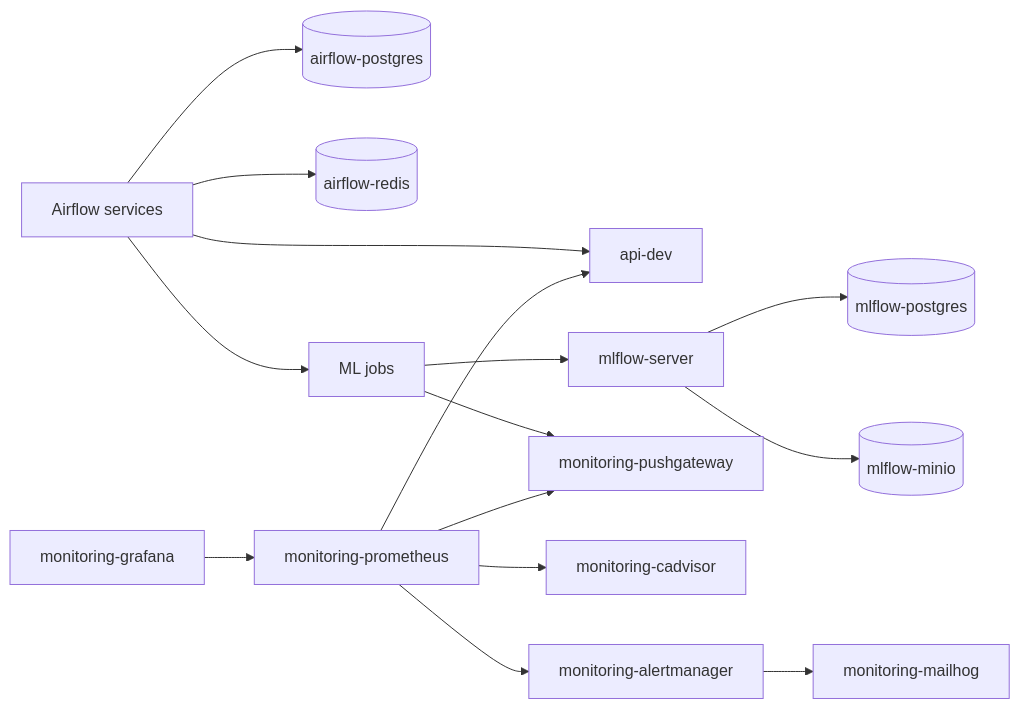
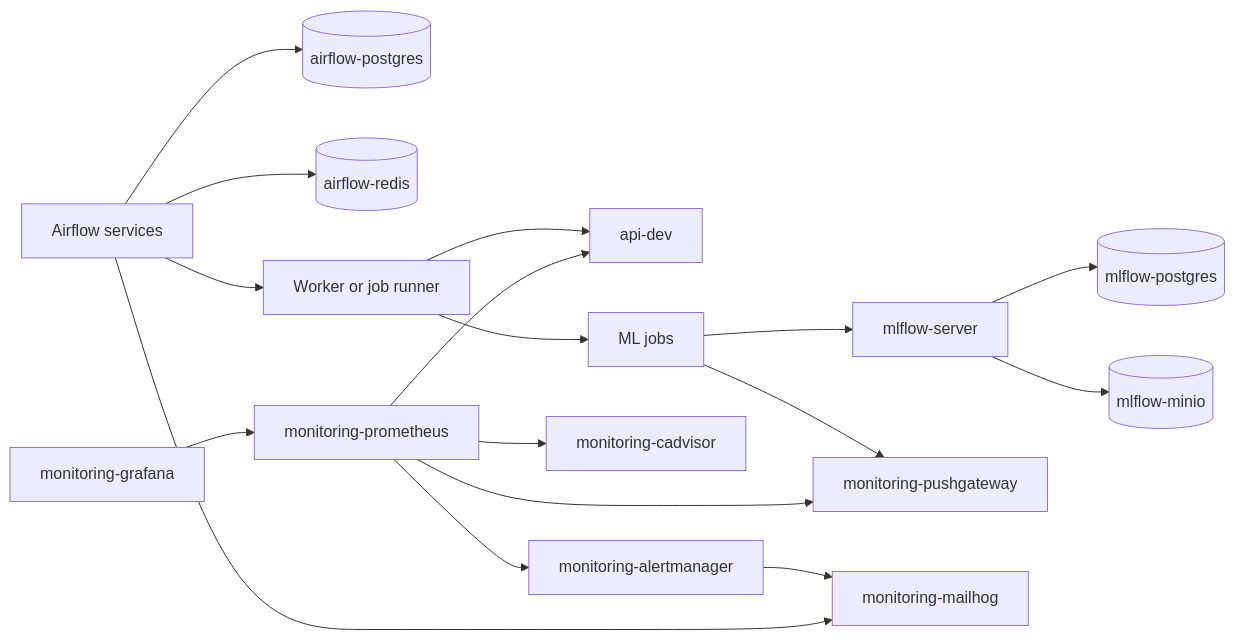
One commit to zheddhe/avr25-mle-trafic-cycliste changed the diagram in docs/local-prod-network-topology.md. Above: the diagram before and after it, drawn with Mermaid. The commit also changed other lines of this file, not shown here.

````diff
--- a/docs/local-prod-network-topology.md
+++ b/docs/local-prod-network-topology.md
@@ -189,19 +233,21 @@
 ```mermaid
 flowchart LR
     airflow[Airflow services] --> airflow_db[(airflow-postgres)]
     airflow --> airflow_redis[(airflow-redis)]
-    airflow --> api[api-dev]
-    airflow --> jobs[ML jobs]
+    airflow --> runner[Worker or job runner]
+    runner --> api[api-dev]
+    runner --> jobs[ML jobs]
 
     jobs --> mlflow[mlflow-server]
     mlflow --> mlflow_db[(mlflow-postgres)]
     mlflow --> minio[(mlflow-minio)]
 
     jobs --> pushgateway[monitoring-pushgateway]
     prometheus[monitoring-prometheus] --> api
     prometheus --> pushgateway
     prometheus --> cadvisor[monitoring-cadvisor]
     prometheus --> alertmanager[monitoring-alertmanager]
     grafana[monitoring-grafana] --> prometheus
     alertmanager --> mailhog[monitoring-mailhog]
+    airflow --> mailhog
 ```
````
